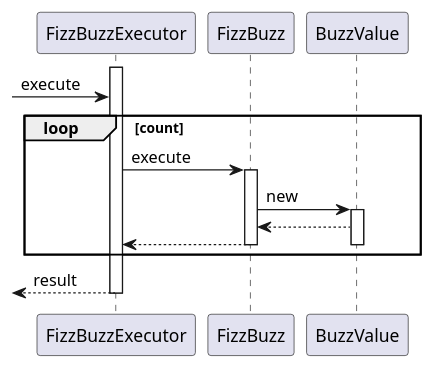
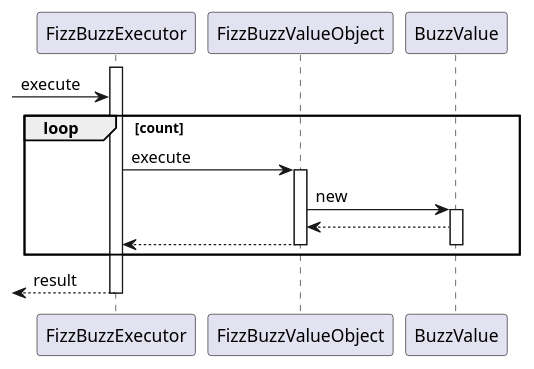
Before and after one commit to k2works/etude_for_ruby: the third of 5 diagrams in docs/dev/_fizz_buzz.md, drawn with PlantUML. The commit also changed other lines of this file and 15 other files, not shown here.

````diff
--- a/docs/dev/_fizz_buzz.md
+++ b/docs/dev/_fizz_buzz.md
@@ -92,18 +94,18 @@
 ```puml
 @startuml
 activate FizzBuzzExecutor
 -> FizzBuzzExecutor :execute
 loop count
-  FizzBuzzExecutor -> FizzBuzz :execute
-  activate FizzBuzz
-    FizzBuzz -> BuzzValue :new  
+  FizzBuzzExecutor -> FizzBuzzValueObject :execute
+  activate FizzBuzzValueObject
+    FizzBuzzValueObject -> BuzzValue :new  
     activate BuzzValue
-      BuzzValue --> FizzBuzz
-      FizzBuzzExecutor <-- FizzBuzz
+      BuzzValue --> FizzBuzzValueObject
+      FizzBuzzExecutor <-- FizzBuzzValueObject
     deactivate BuzzValue
-  deactivate FizzBuzz
+  deactivate FizzBuzzValueObject
 end
 <-- FizzBuzzExecutor :result
 deactivate FizzBuzzExecutor
 @enduml
 ```
````
